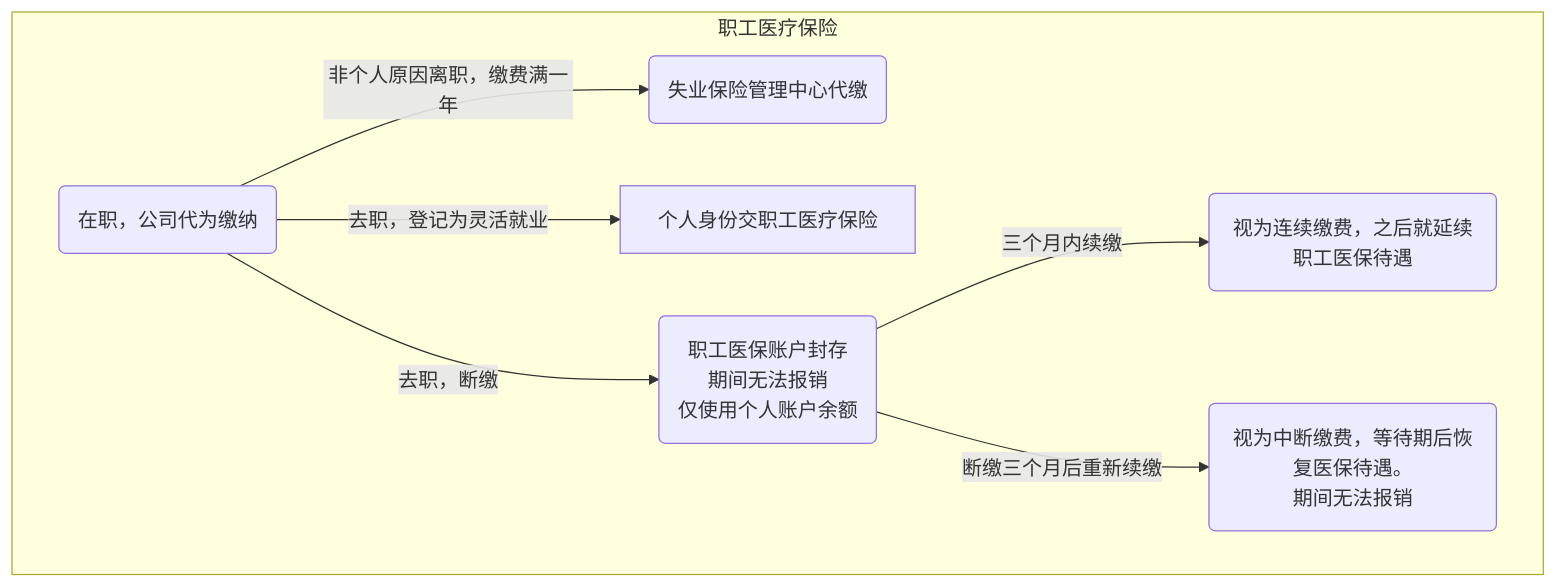
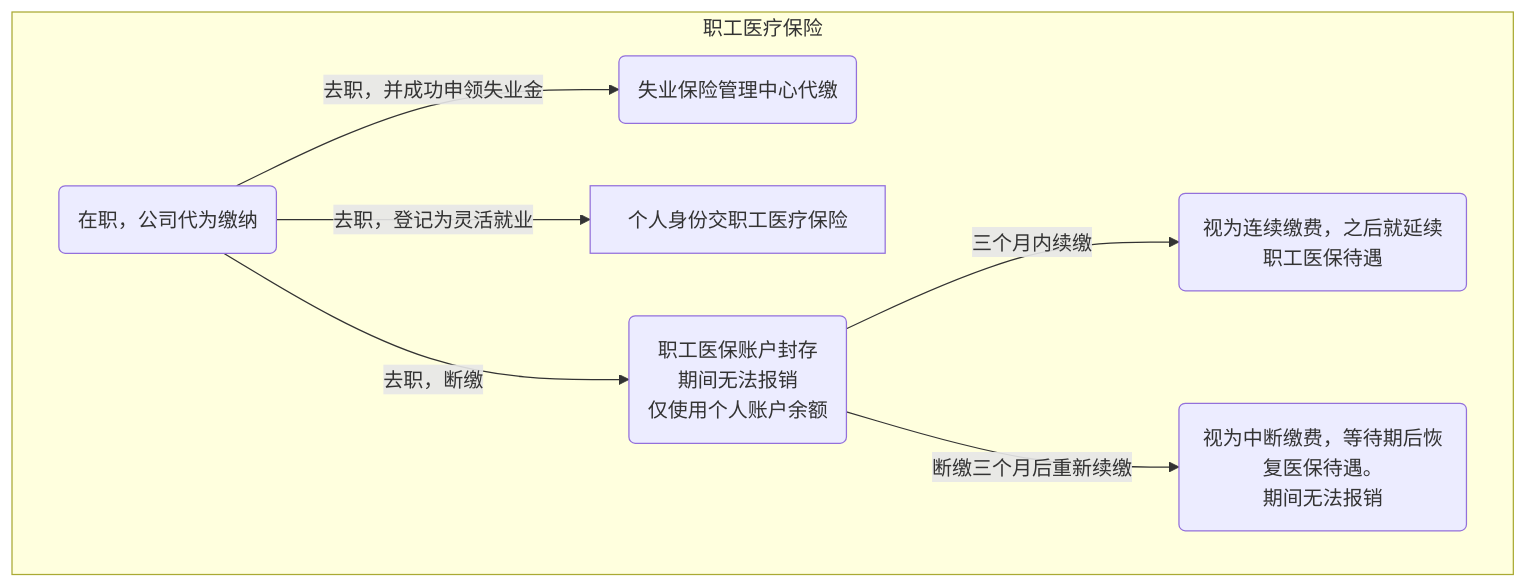
Before and after one commit to chewuchewuchewu/Social_Security_Benefits: the third of 5 diagrams in 离职.md, drawn with Mermaid.

````diff
--- a/离职.md
+++ b/离职.md
@@ -173,9 +173,9 @@
 ```mermaid
 flowchart TD
 subgraph 职工医疗保险
-在职医保("在职，公司代为缴纳")-->|非个人原因离职，缴费满一年|领取失业金(失业保险管理中心代缴)
+在职医保("在职，公司代为缴纳")-->|去职，并成功申领失业金|领取失业金(失业保险管理中心代缴)
 在职医保-->|去职，登记为灵活就业|个人身份交职工医疗保险
 在职医保-->|去职，断缴|中断医保缴费("职工医保账户封存<br>期间无法报销<br>仅使用个人账户余额")-->|三个月内续缴|视为连续缴费("视为连续缴费，之后就延续职工医保待遇")
 中断医保缴费-->|断缴三个月后重新续缴|视为中断缴费("视为中断缴费，等待期后恢复医保待遇。<br>期间无法报销")
 end
 ```
````
